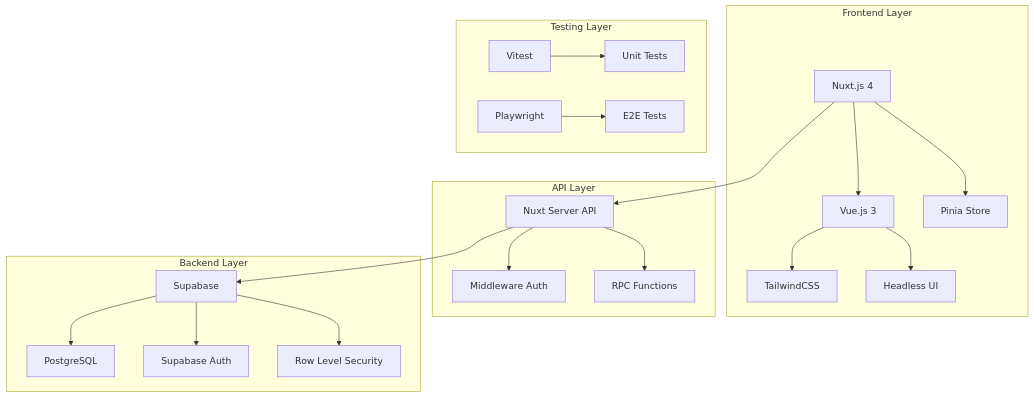
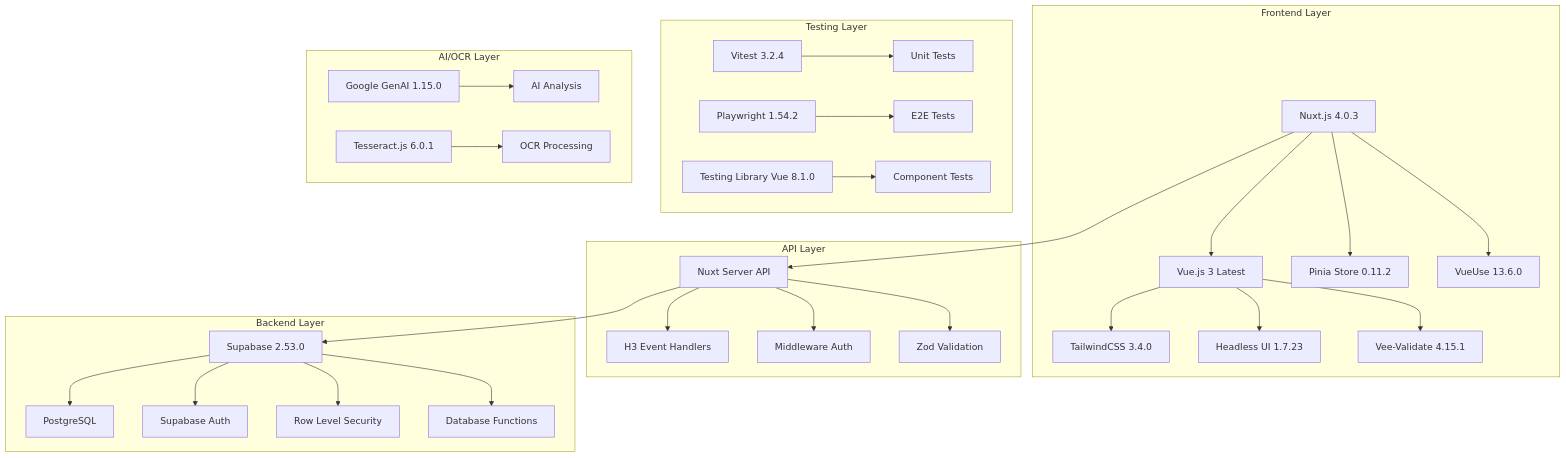
One commit to andrescristi/liberador_inaplast_nuxt changed the first of 9 diagrams in docs/ARCHITECTURE.md. Above: the diagram before and after it, drawn with Mermaid. The commit also changed other lines of this file and 2 other files, not shown here.

First line of the commit message:
docs: update architecture documentation and changelog for v2.7.1

````diff
--- a/docs/ARCHITECTURE.md
+++ b/docs/ARCHITECTURE.md
@@ -20,28 +20,38 @@
 ```mermaid
 graph TB
     subgraph "Frontend Layer"
-        A[Nuxt.js 4] --> B[Vue.js 3]
-        B --> C[TailwindCSS]
-        B --> D[Headless UI]
-        A --> E[Pinia Store]
+        A[Nuxt.js 4.0.3] --> B[Vue.js 3 Latest]
+        B --> C[TailwindCSS 3.4.0]
+        B --> D[Headless UI 1.7.23]
+        A --> E[Pinia Store 0.11.2]
+        A --> F[VueUse 13.6.0]
+        B --> G[Vee-Validate 4.15.1]
     end
     
     subgraph "API Layer"
-        F[Nuxt Server API] --> G[Middleware Auth]
-        F --> H[RPC Functions]
+        H[Nuxt Server API] --> I[H3 Event Handlers]
+        H --> J[Middleware Auth]
+        H --> K[Zod Validation]
     end
     
     subgraph "Backend Layer"
-        I[Supabase] --> J[PostgreSQL]
-        I --> K[Supabase Auth]
-        I --> L[Row Level Security]
+        L[Supabase 2.53.0] --> M[PostgreSQL]
+        L --> N[Supabase Auth]
+        L --> O[Row Level Security]
+        L --> P[Database Functions]
     end
     
     subgraph "Testing Layer"
-        M[Vitest] --> N[Unit Tests]
-        O[Playwright] --> P[E2E Tests]
+        Q[Vitest 3.2.4] --> R[Unit Tests]
+        S[Playwright 1.54.2] --> T[E2E Tests]
+        U[Testing Library Vue 8.1.0] --> V[Component Tests]
     end
     
-    A --> F
-    F --> I
+    subgraph "AI/OCR Layer"
+        W[Google GenAI 1.15.0] --> X[AI Analysis]
+        Y[Tesseract.js 6.0.1] --> Z[OCR Processing]
+    end
+    
+    A --> H
+    H --> L
 ```
````
